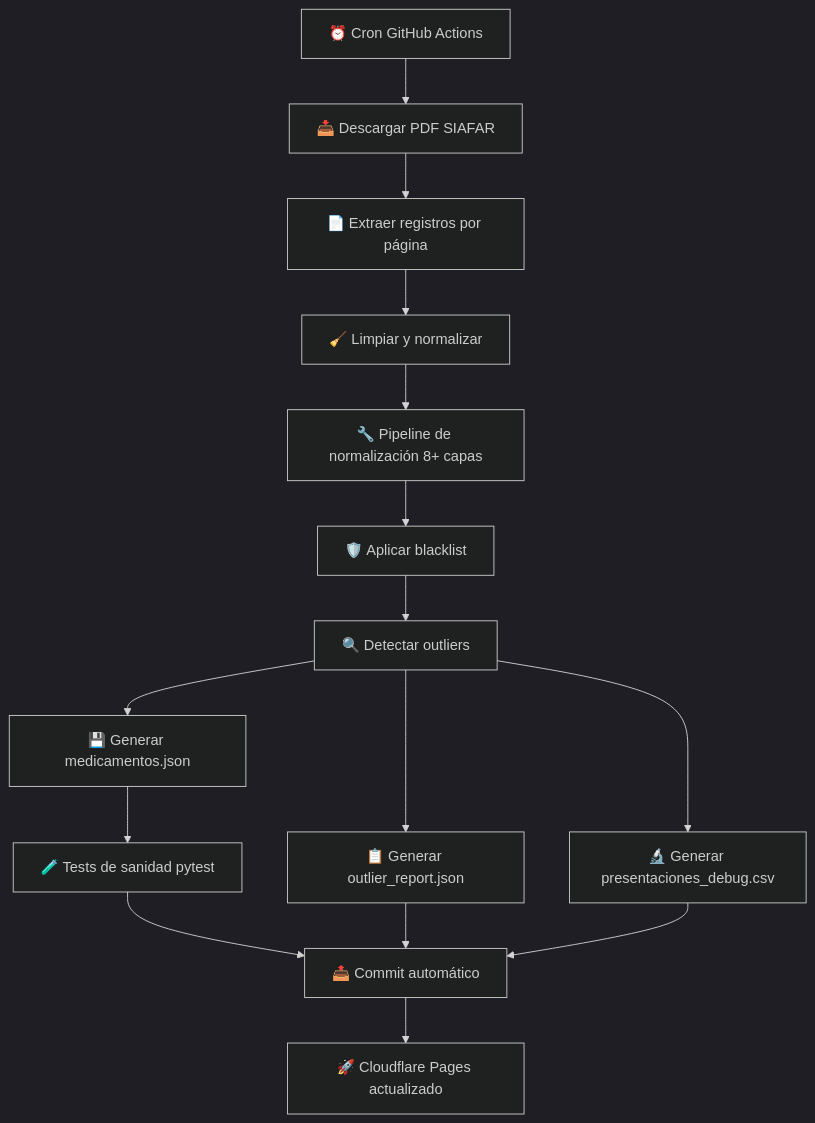
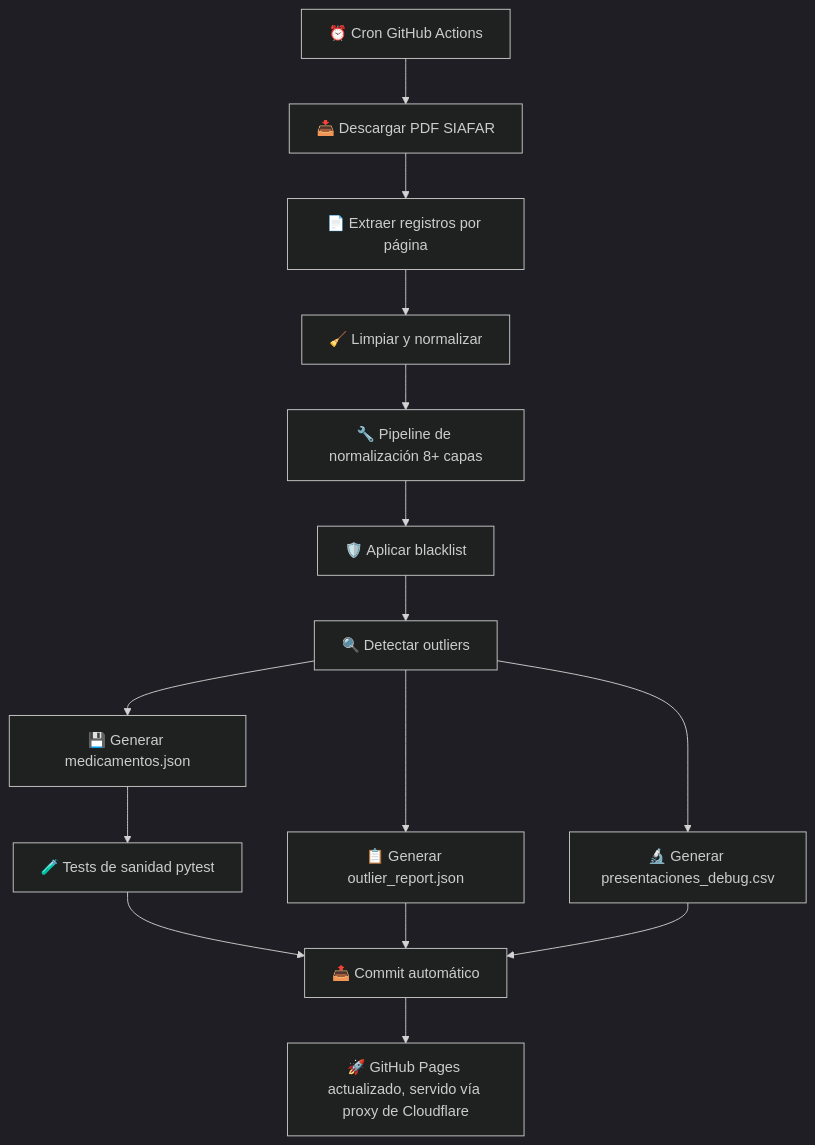
One commit to psbella/remediar changed the second of 9 diagrams in README.md. Above: the diagram before and after it, drawn with Mermaid (dark theme). The commit also changed other lines of this file and 1 other file, not shown here.

````diff
--- a/README.md
+++ b/README.md
@@ -291,32 +292,32 @@
 ```mermaid
 flowchart TD
 
     A[⏰ Cron GitHub Actions]
     B[📥 Descargar PDF SIAFAR]
     C[📄 Extraer registros por página]
     D[🧹 Limpiar y normalizar]
     N1[🔧 Pipeline de normalización 8+ capas]
     BL[🛡️ Aplicar blacklist]
     E[🔍 Detectar outliers]
     F[💾 Generar medicamentos.json]
     R[📋 Generar outlier_report.json]
     CSV[🔬 Generar presentaciones_debug.csv]
     T[🧪 Tests de sanidad pytest]
     H[📤 Commit automático]
-    I[🚀 Cloudflare Pages actualizado]
+    I[🚀 GitHub Pages actualizado, servido vía proxy de Cloudflare]
 
     A --> B
     B --> C
     C --> D
     D --> N1
     N1 --> BL
     BL --> E
     E --> F
     E --> R
     E --> CSV
     F --> T
     T --> H
     R --> H
     CSV --> H
     H --> I
 ```
````
